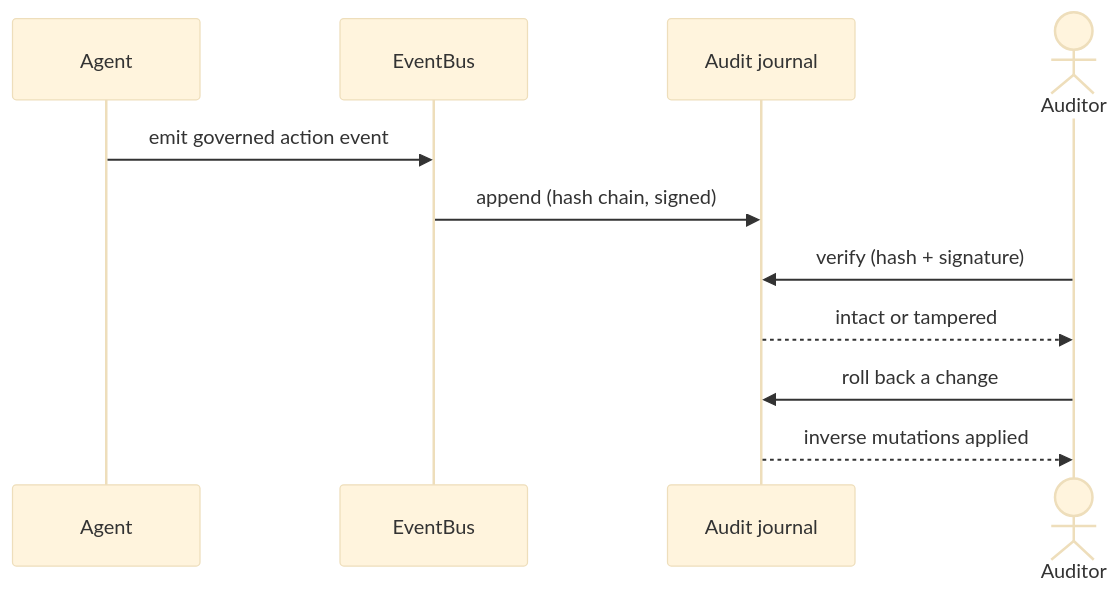
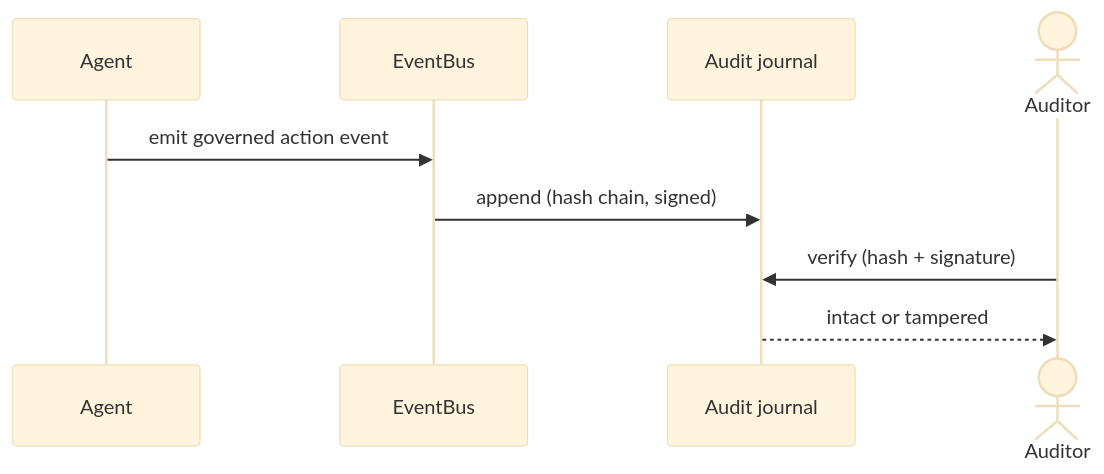
Before and after one commit to nidal-z/apollia-os: the fourth of 9 diagrams in docs/site/docs/architecture/06-runtime-view.md, drawn with Mermaid (base theme). The commit also changed other lines of this file and 28 other files, not shown here.

````diff
--- a/docs/site/docs/architecture/06-runtime-view.md
+++ b/docs/site/docs/architecture/06-runtime-view.md
@@ -119,13 +118,11 @@
 ```mermaid
 sequenceDiagram
     participant Agent
     participant Bus as EventBus
     participant Journal as Audit journal
     actor Auditor
     Agent->>Bus: emit governed action event
     Bus->>Journal: append (hash chain, signed)
     Auditor->>Journal: verify (hash + signature)
     Journal-->>Auditor: intact or tampered
-    Auditor->>Journal: roll back a change
-    Journal-->>Auditor: inverse mutations applied
 ```
````
